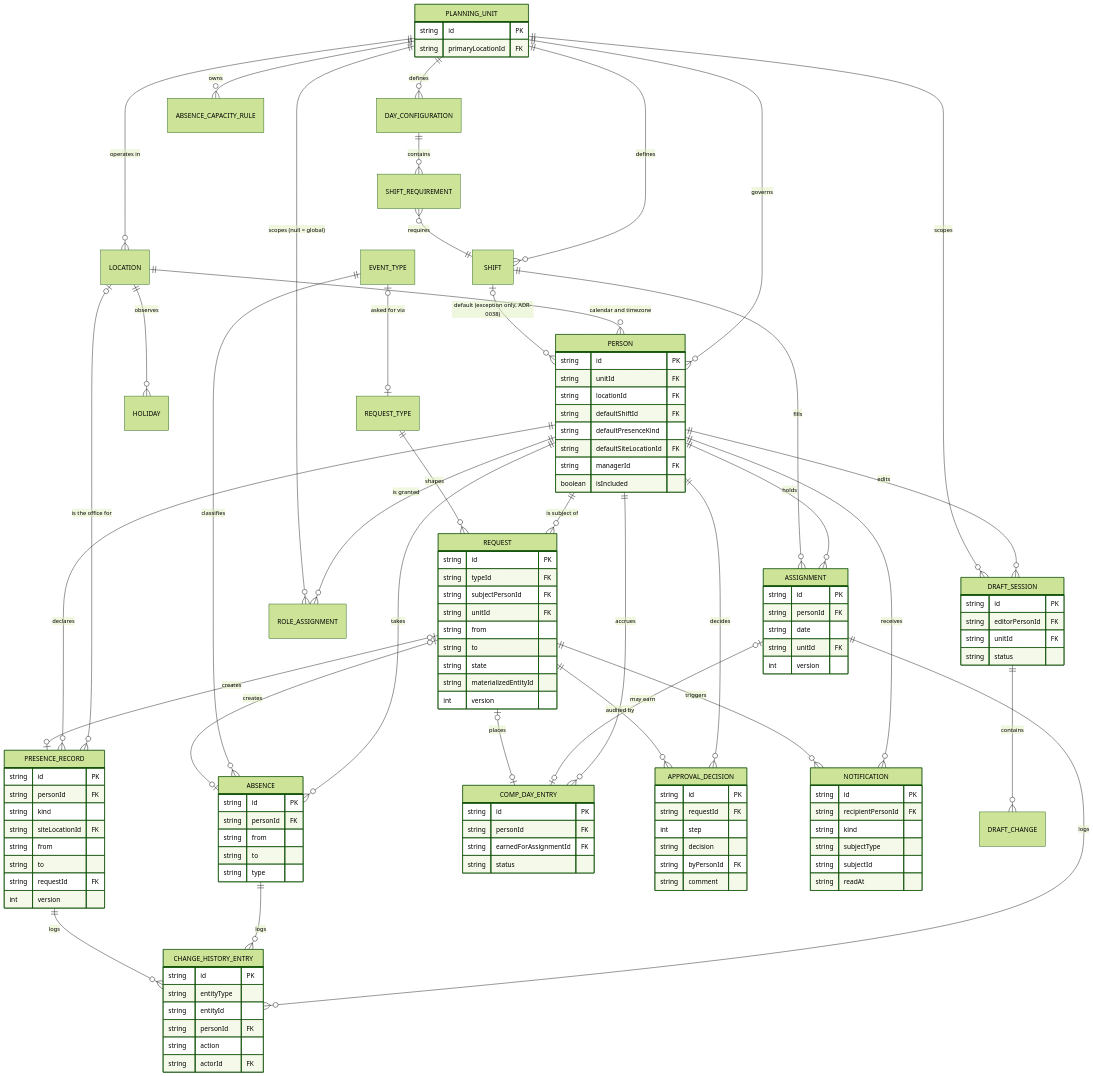
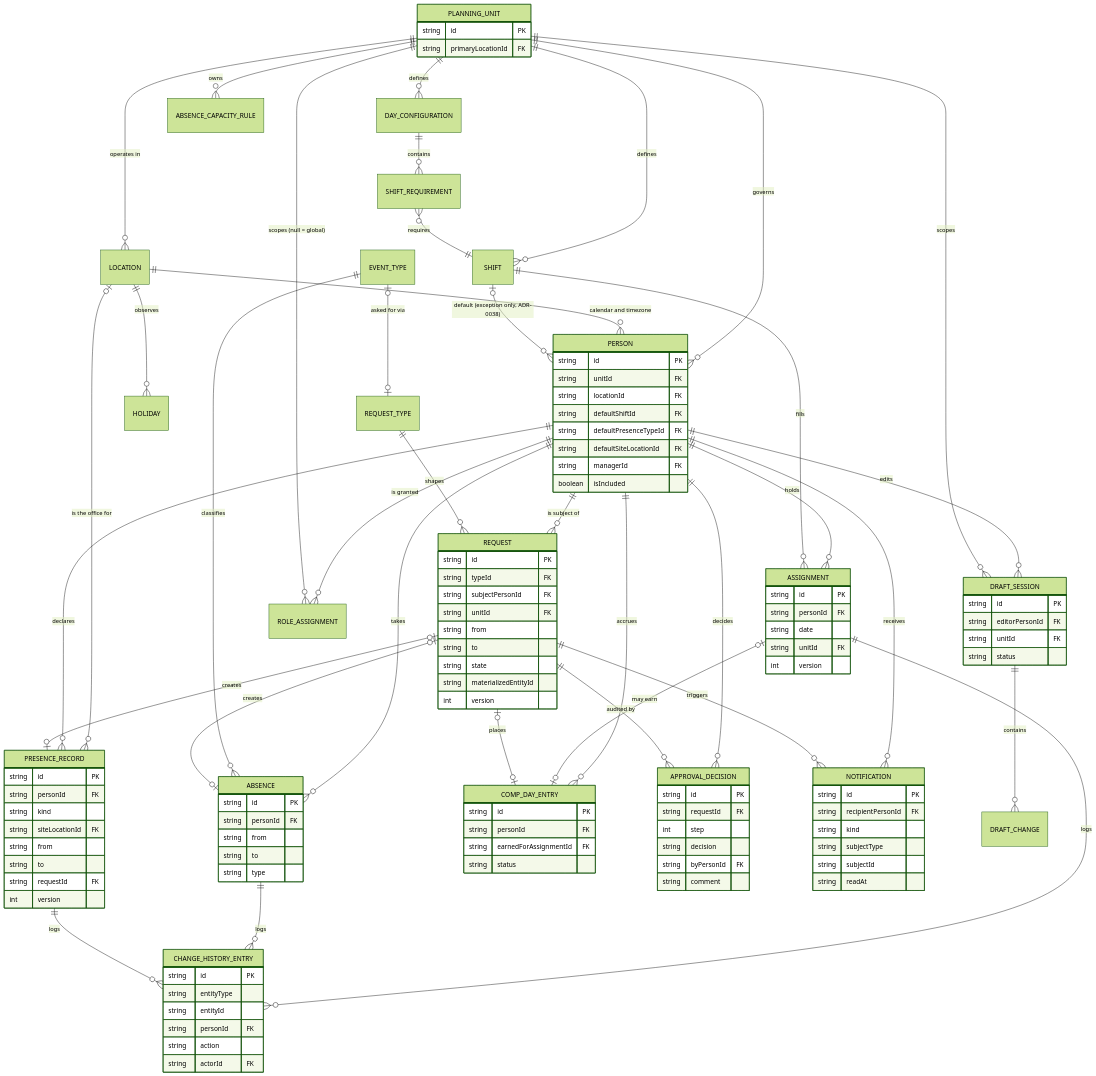
The first of 6 diagrams in Docs/01-domain-model.md (grishkabarabashka/shift-o-mator), drawn with Mermaid (forest theme) before and after one commit. The commit also changed other lines of this file and 23 other files, not shown here.

```diff
--- a/Docs/01-domain-model.md
+++ b/Docs/01-domain-model.md
@@ -128,7 +136,7 @@
         string unitId FK
         string locationId FK
         string defaultShiftId FK
-        string defaultPresenceKind
+        string defaultPresenceTypeId FK
         string defaultSiteLocationId FK
         string managerId FK
         boolean isIncluded
```
